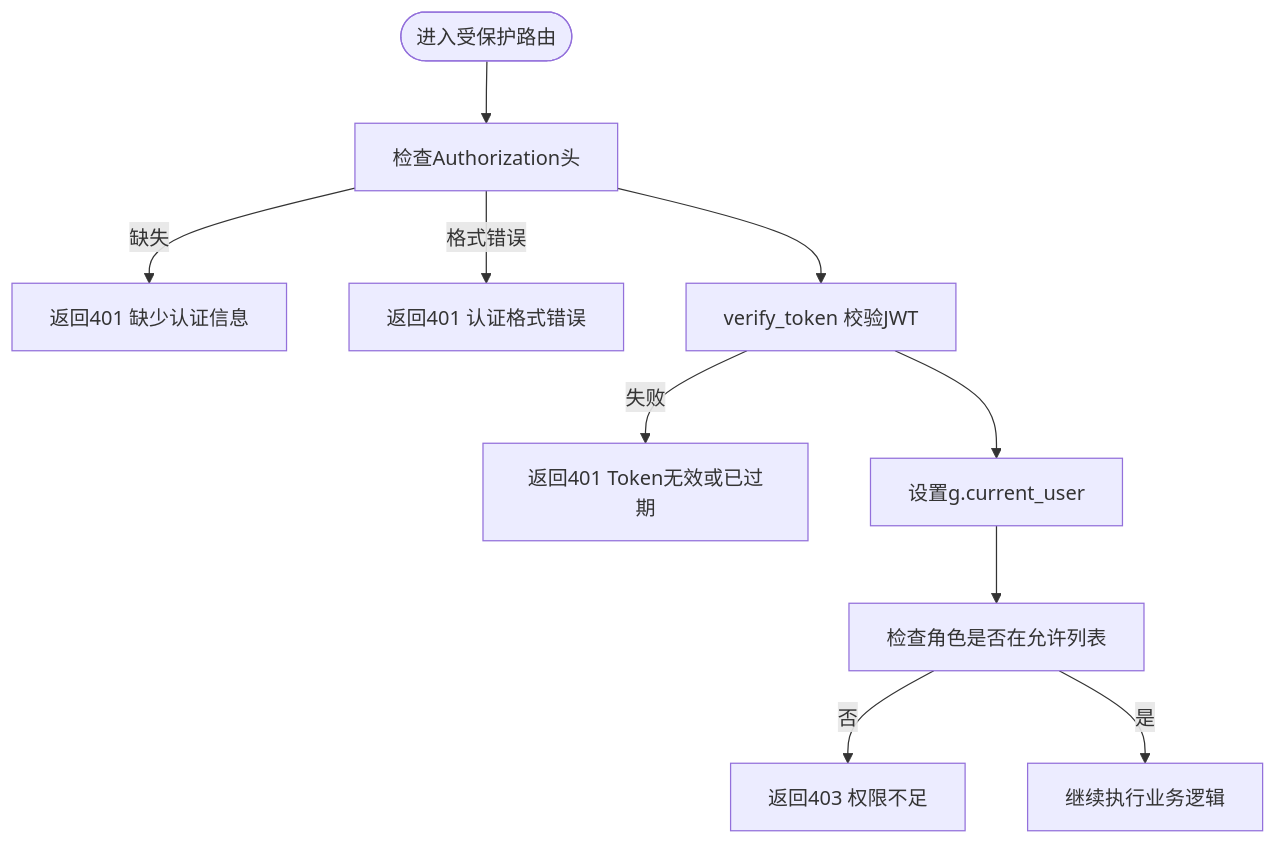
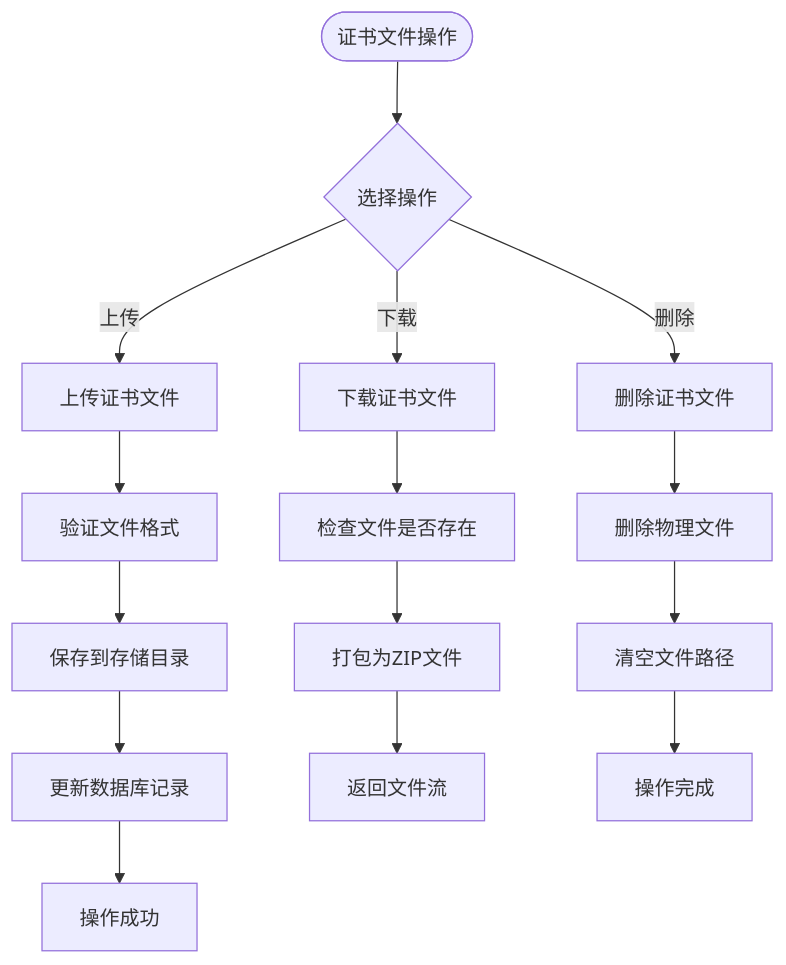
Before and after one commit to ismine3/OPS: the sixth of 12 diagrams in .qoder/repowiki/zh/content/核心功能模块/证书管理模块.md, drawn with Mermaid. The commit also changed other lines of this file and 8 other files, not shown here.

````diff
--- a/.qoder/repowiki/zh/content/核心功能模块/证书管理模块.md
+++ b/.qoder/repowiki/zh/content/核心功能模块/证书管理模块.md
@@ -207,12 +266,17 @@
 ```mermaid
 flowchart TD
-Start(["进入受保护路由"]) --> CheckAuth["检查Authorization头"]
-CheckAuth --> |缺失| Err401a["返回401 缺少认证信息"]
-CheckAuth --> |格式错误| Err401b["返回401 认证格式错误"]
-CheckAuth --> Verify["verify_token 校验JWT"]
-Verify --> |失败| Err401c["返回401 Token无效或已过期"]
-Verify --> SetUser["设置g.current_user"]
-SetUser --> CheckRole["检查角色是否在允许列表"]
-CheckRole --> |否| Err403["返回403 权限不足"]
-CheckRole --> |是| Next["继续执行业务逻辑"]
+Start(["证书文件操作"]) --> Choice{"选择操作"}
+Choice --> |上传| Upload["上传证书文件"]
+Choice --> |下载| Download["下载证书文件"]
+Choice --> |删除| Delete["删除证书文件"]
+Upload --> Validate["验证文件格式"]
+Validate --> Save["保存到存储目录"]
+Save --> UpdateDB["更新数据库记录"]
+UpdateDB --> Success["操作成功"]
+Download --> CheckFile["检查文件是否存在"]
+CheckFile --> CreateZip["打包为ZIP文件"]
+CreateZip --> SendFile["返回文件流"]
+Delete --> RemoveFile["删除物理文件"]
+RemoveFile --> ClearDB["清空文件路径"]
+ClearDB --> Done["操作完成"]
 ```
````
